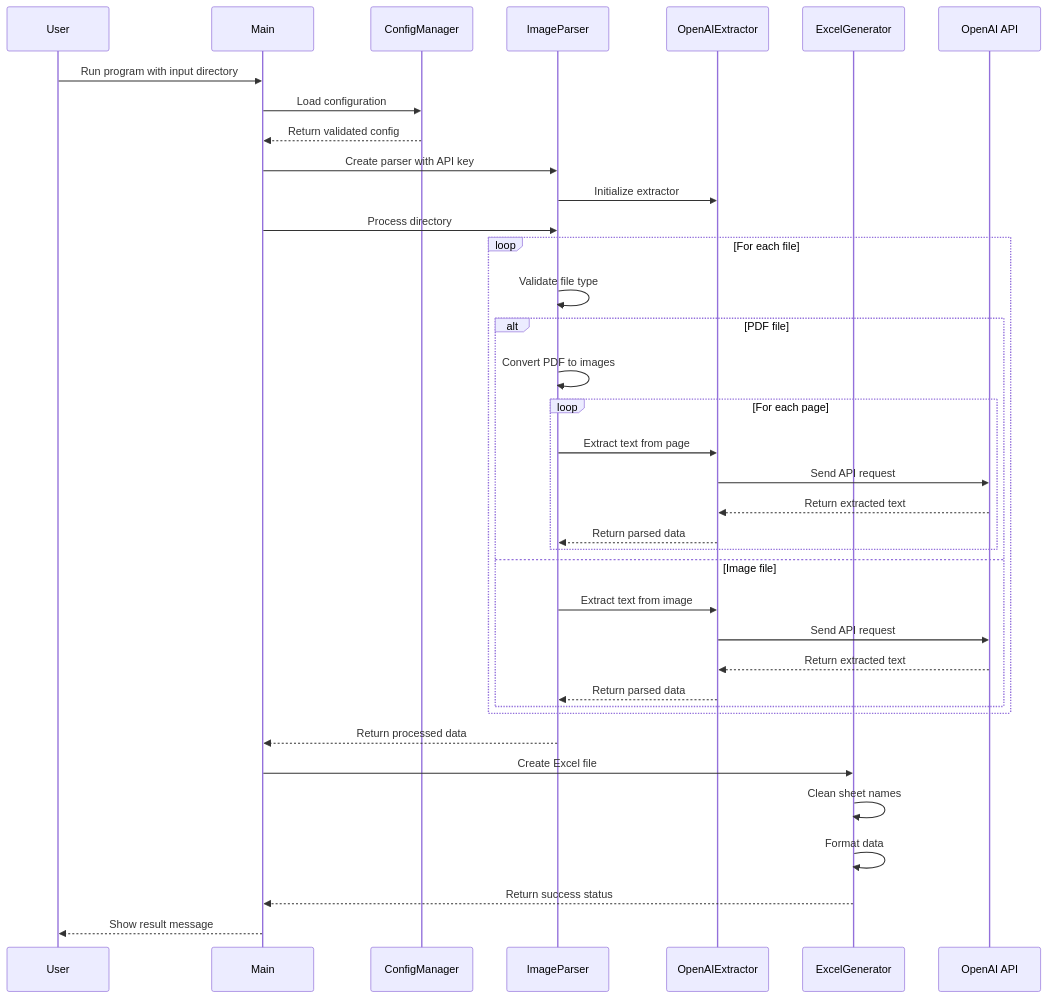
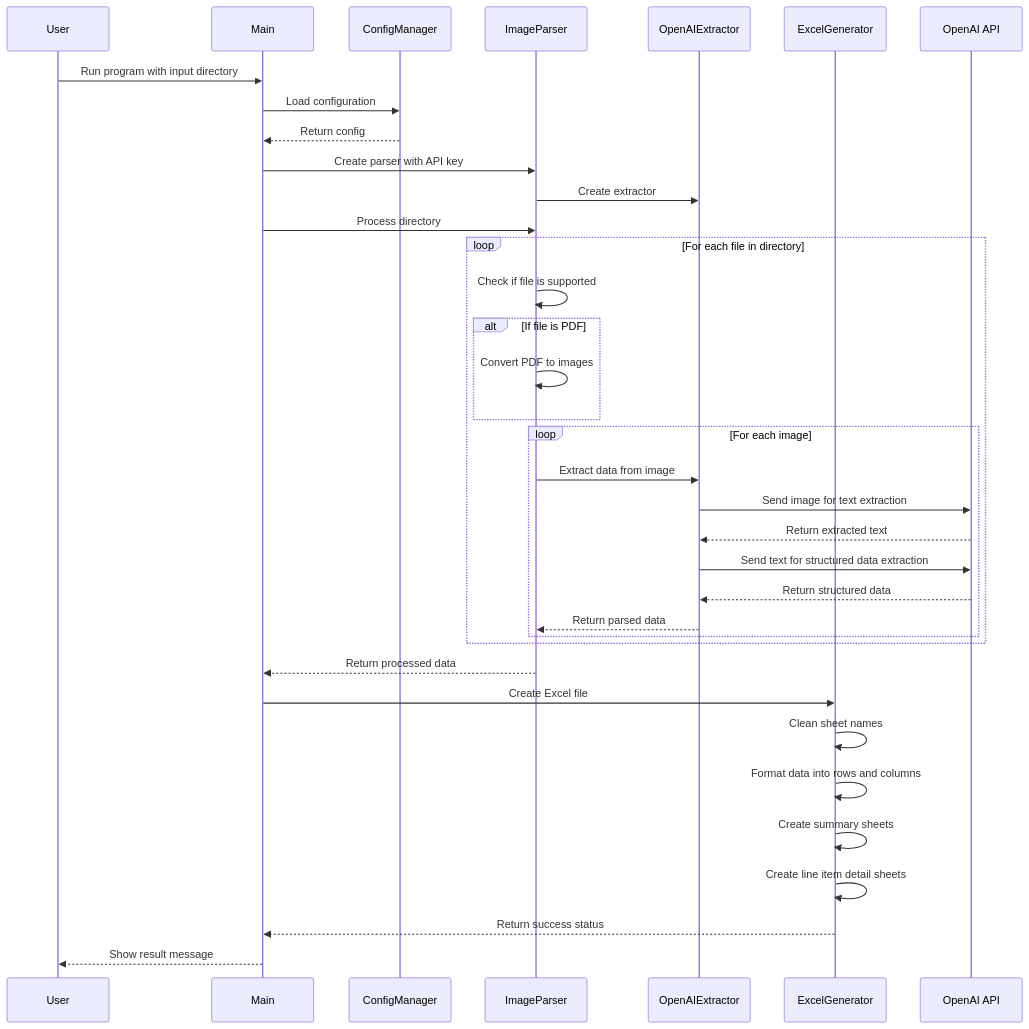
The second of 2 diagrams in README.md (vallabhallm/image_to_excel), drawn with Mermaid before and after one commit. The commit also changed other lines of this file and 7 other files, not shown here.

First line of the commit message:
Update project with structured data extraction and improved Excel formatting

````diff
--- a/README.md
+++ b/README.md
@@ -115,43 +116,47 @@
 ```mermaid
 sequenceDiagram
     participant User
     participant Main
     participant ConfigManager
     participant ImageParser
     participant OpenAIExtractor
     participant ExcelGenerator
     participant OpenAI API
 
     User->>Main: Run program with input directory
     Main->>ConfigManager: Load configuration
-    ConfigManager-->>Main: Return validated config
+    ConfigManager-->>Main: Return config
     
     Main->>ImageParser: Create parser with API key
-    ImageParser->>OpenAIExtractor: Initialize extractor
+    ImageParser->>OpenAIExtractor: Create extractor
     
     Main->>ImageParser: Process directory
-    loop For each file
-        ImageParser->>ImageParser: Validate file type
-        alt PDF file
+    
+    loop For each file in directory
+        ImageParser->>ImageParser: Check if file is supported
+        
+        alt If file is PDF
             ImageParser->>ImageParser: Convert PDF to images
-            loop For each page
-                ImageParser->>OpenAIExtractor: Extract text from page
-                OpenAIExtractor->>OpenAI API: Send API request
-                OpenAI API-->>OpenAIExtractor: Return extracted text
-                OpenAIExtractor-->>ImageParser: Return parsed data
-            end
-        else Image file
-            ImageParser->>OpenAIExtractor: Extract text from image
-            OpenAIExtractor->>OpenAI API: Send API request
+        end
+        
+        loop For each image
+            ImageParser->>OpenAIExtractor: Extract data from image
+            OpenAIExtractor->>OpenAI API: Send image for text extraction
             OpenAI API-->>OpenAIExtractor: Return extracted text
+            
+            OpenAIExtractor->>OpenAI API: Send text for structured data extraction
+            OpenAI API-->>OpenAIExtractor: Return structured data
+            
             OpenAIExtractor-->>ImageParser: Return parsed data
         end
     end
     ImageParser-->>Main: Return processed data
 
     Main->>ExcelGenerator: Create Excel file
     ExcelGenerator->>ExcelGenerator: Clean sheet names
-    ExcelGenerator->>ExcelGenerator: Format data
+    ExcelGenerator->>ExcelGenerator: Format data into rows and columns
+    ExcelGenerator->>ExcelGenerator: Create summary sheets
+    ExcelGenerator->>ExcelGenerator: Create line item detail sheets
     ExcelGenerator-->>Main: Return success status
     Main-->>User: Show result message
 ```
````
